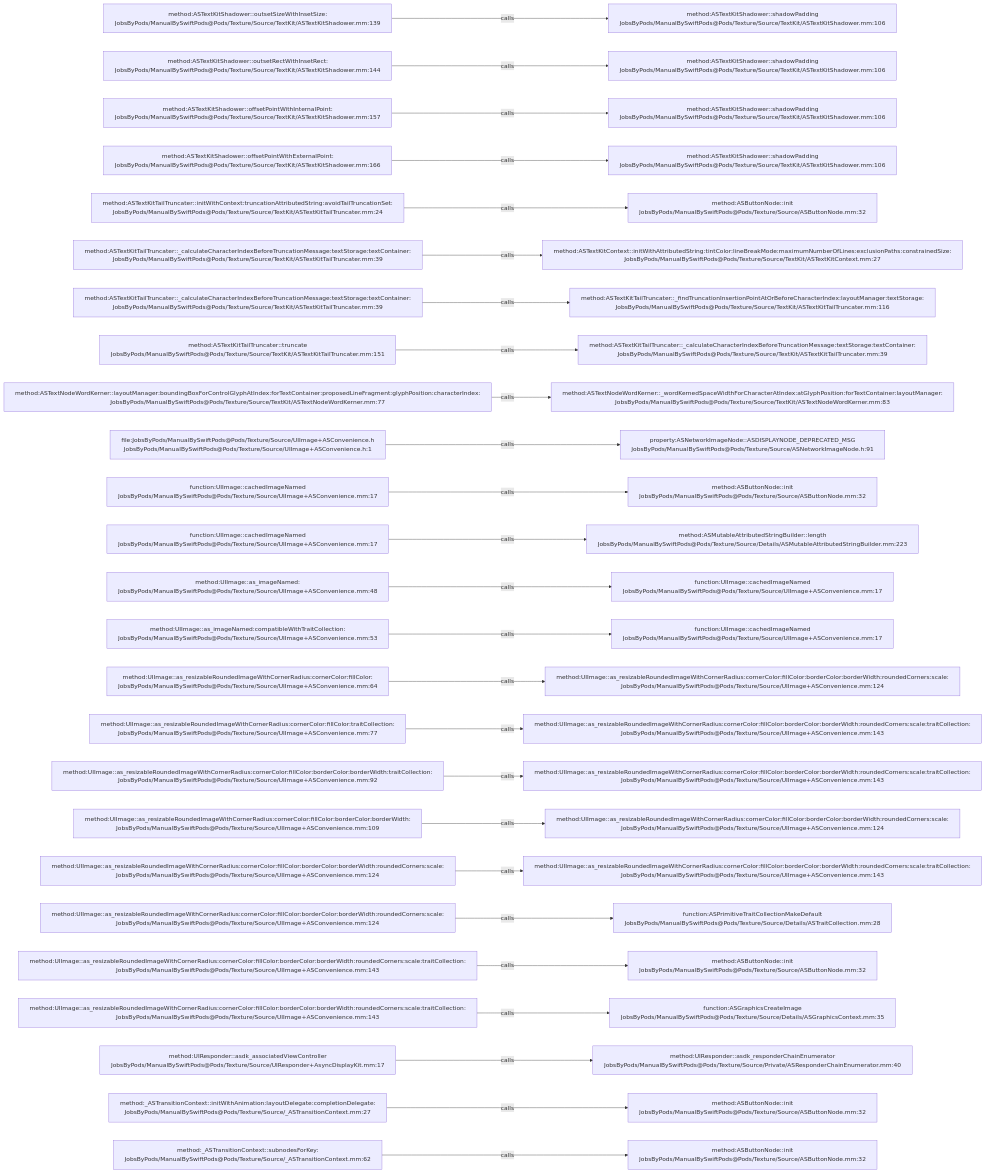
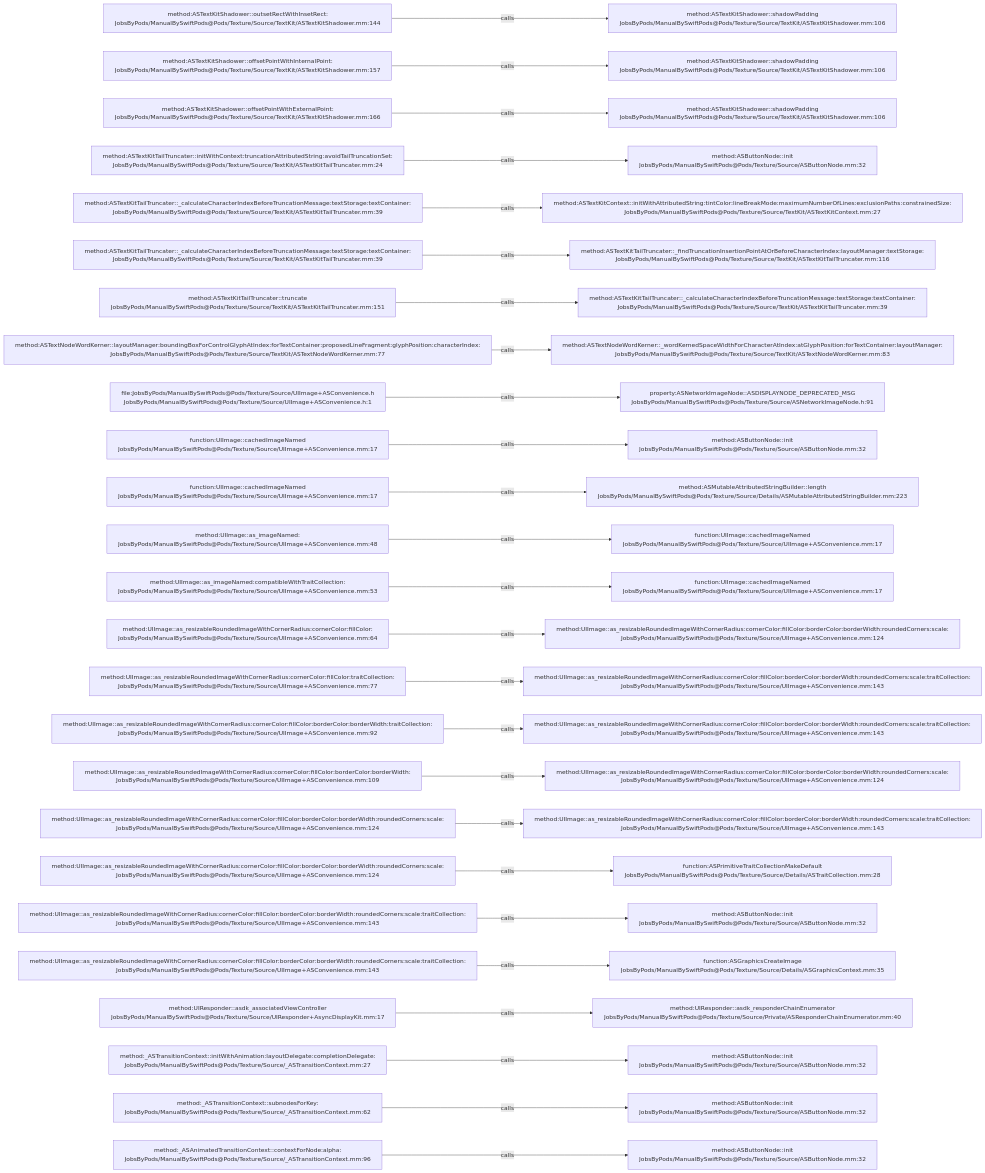
One commit to JobsKits/JobsSwiftBaseConfigDemo changed the diagram in .codegraph/codegraph.md/graphs/calls-151.md. Above: the diagram before and after it, drawn with Mermaid. The commit also changed 747 other files, not shown here.

````diff
--- a/.codegraph/codegraph.md/graphs/calls-151.md
+++ b/.codegraph/codegraph.md/graphs/calls-151.md
@@ -13,78 +13,78 @@
 ```mermaid
 flowchart LR
-  S1["method:ASTextKitShadower::outsetSizeWithInsetSize:<br/>JobsByPods/ManualBySwiftPods@Pods/Texture/Source/TextKit/ASTextKitShadower.mm:139"]
+  S1["method:ASTextKitShadower::outsetRectWithInsetRect:<br/>JobsByPods/ManualBySwiftPods@Pods/Texture/Source/TextKit/ASTextKitShadower.mm:144"]
   T1["method:ASTextKitShadower::shadowPadding<br/>JobsByPods/ManualBySwiftPods@Pods/Texture/Source/TextKit/ASTextKitShadower.mm:106"]
   S1 -->|calls| T1
-  S2["method:ASTextKitShadower::outsetRectWithInsetRect:<br/>JobsByPods/ManualBySwiftPods@Pods/Texture/Source/TextKit/ASTextKitShadower.mm:144"]
+  S2["method:ASTextKitShadower::offsetPointWithInternalPoint:<br/>JobsByPods/ManualBySwiftPods@Pods/Texture/Source/TextKit/ASTextKitShadower.mm:157"]
   T2["method:ASTextKitShadower::shadowPadding<br/>JobsByPods/ManualBySwiftPods@Pods/Texture/Source/TextKit/ASTextKitShadower.mm:106"]
   S2 -->|calls| T2
-  S3["method:ASTextKitShadower::offsetPointWithInternalPoint:<br/>JobsByPods/ManualBySwiftPods@Pods/Texture/Source/TextKit/ASTextKitShadower.mm:157"]
+  S3["method:ASTextKitShadower::offsetPointWithExternalPoint:<br/>JobsByPods/ManualBySwiftPods@Pods/Texture/Source/TextKit/ASTextKitShadower.mm:166"]
   T3["method:ASTextKitShadower::shadowPadding<br/>JobsByPods/ManualBySwiftPods@Pods/Texture/Source/TextKit/ASTextKitShadower.mm:106"]
   S3 -->|calls| T3
-  S4["method:ASTextKitShadower::offsetPointWithExternalPoint:<br/>JobsByPods/ManualBySwiftPods@Pods/Texture/Source/TextKit/ASTextKitShadower.mm:166"]
-  T4["method:ASTextKitShadower::shadowPadding<br/>JobsByPods/ManualBySwiftPods@Pods/Texture/Source/TextKit/ASTextKitShadower.mm:106"]
+  S4["method:ASTextKitTailTruncater::initWithContext:truncationAttributedString:avoidTailTruncationSet:<br/>JobsByPods/ManualBySwiftPods@Pods/Texture/Source/TextKit/ASTextKitTailTruncater.mm:24"]
+  T4["method:ASButtonNode::init<br/>JobsByPods/ManualBySwiftPods@Pods/Texture/Source/ASButtonNode.mm:32"]
   S4 -->|calls| T4
-  S5["method:ASTextKitTailTruncater::initWithContext:truncationAttributedString:avoidTailTruncationSet:<br/>JobsByPods/ManualBySwiftPods@Pods/Texture/Source/TextKit/ASTextKitTailTruncater.mm:24"]
-  T5["method:ASButtonNode::init<br/>JobsByPods/ManualBySwiftPods@Pods/Texture/Source/ASButtonNode.mm:32"]
+  S5["method:ASTextKitTailTruncater::_calculateCharacterIndexBeforeTruncationMessage:textStorage:textContainer:<br/>JobsByPods/ManualBySwiftPods@Pods/Texture/Source/TextKit/ASTextKitTailTruncater.mm:39"]
+  T5["method:ASTextKitContext::initWithAttributedString:tintColor:lineBreakMode:maximumNumberOfLines:exclusionPaths:constrainedSize:<br/>JobsByPods/ManualBySwiftPods@Pods/Texture/Source/TextKit/ASTextKitContext.mm:27"]
   S5 -->|calls| T5
   S6["method:ASTextKitTailTruncater::_calculateCharacterIndexBeforeTruncationMessage:textStorage:textContainer:<br/>JobsByPods/ManualBySwiftPods@Pods/Texture/Source/TextKit/ASTextKitTailTruncater.mm:39"]
-  T6["method:ASTextKitContext::initWithAttributedString:tintColor:lineBreakMode:maximumNumberOfLines:exclusionPaths:constrainedSize:<br/>JobsByPods/ManualBySwiftPods@Pods/Texture/Source/TextKit/ASTextKitContext.mm:27"]
+  T6["method:ASTextKitTailTruncater::_findTruncationInsertionPointAtOrBeforeCharacterIndex:layoutManager:textStorage:<br/>JobsByPods/ManualBySwiftPods@Pods/Texture/Source/TextKit/ASTextKitTailTruncater.mm:116"]
   S6 -->|calls| T6
-  S7["method:ASTextKitTailTruncater::_calculateCharacterIndexBeforeTruncationMessage:textStorage:textContainer:<br/>JobsByPods/ManualBySwiftPods@Pods/Texture/Source/TextKit/ASTextKitTailTruncater.mm:39"]
-  T7["method:ASTextKitTailTruncater::_findTruncationInsertionPointAtOrBeforeCharacterIndex:layoutManager:textStorage:<br/>JobsByPods/ManualBySwiftPods@Pods/Texture/Source/TextKit/ASTextKitTailTruncater.mm:116"]
+  S7["method:ASTextKitTailTruncater::truncate<br/>JobsByPods/ManualBySwiftPods@Pods/Texture/Source/TextKit/ASTextKitTailTruncater.mm:151"]
+  T7["method:ASTextKitTailTruncater::_calculateCharacterIndexBeforeTruncationMessage:textStorage:textContainer:<br/>JobsByPods/ManualBySwiftPods@Pods/Texture/Source/TextKit/ASTextKitTailTruncater.mm:39"]
   S7 -->|calls| T7
-  S8["method:ASTextKitTailTruncater::truncate<br/>JobsByPods/ManualBySwiftPods@Pods/Texture/Source/TextKit/ASTextKitTailTruncater.mm:151"]
-  T8["method:ASTextKitTailTruncater::_calculateCharacterIndexBeforeTruncationMessage:textStorage:textContainer:<br/>JobsByPods/ManualBySwiftPods@Pods/Texture/Source/TextKit/ASTextKitTailTruncater.mm:39"]
+  S8["method:ASTextNodeWordKerner::layoutManager:boundingBoxForControlGlyphAtIndex:forTextContainer:proposedLineFragment:glyphPosition:characterIndex:<br/>JobsByPods/ManualBySwiftPods@Pods/Texture/Source/TextKit/ASTextNodeWordKerner.mm:77"]
+  T8["method:ASTextNodeWordKerner::_wordKernedSpaceWidthForCharacterAtIndex:atGlyphPosition:forTextContainer:layoutManager:<br/>JobsByPods/ManualBySwiftPods@Pods/Texture/Source/TextKit/ASTextNodeWordKerner.mm:83"]
   S8 -->|calls| T8
-  S9["method:ASTextNodeWordKerner::layoutManager:boundingBoxForControlGlyphAtIndex:forTextContainer:proposedLineFragment:glyphPosition:characterIndex:<br/>JobsByPods/ManualBySwiftPods@Pods/Texture/Source/TextKit/ASTextNodeWordKerner.mm:77"]
-  T9["method:ASTextNodeWordKerner::_wordKernedSpaceWidthForCharacterAtIndex:atGlyphPosition:forTextContainer:layoutManager:<br/>JobsByPods/ManualBySwiftPods@Pods/Texture/Source/TextKit/ASTextNodeWordKerner.mm:83"]
+  S9["file:JobsByPods/ManualBySwiftPods@Pods/Texture/Source/UIImage+ASConvenience.h<br/>JobsByPods/ManualBySwiftPods@Pods/Texture/Source/UIImage+ASConvenience.h:1"]
+  T9["property:ASNetworkImageNode::ASDISPLAYNODE_DEPRECATED_MSG<br/>JobsByPods/ManualBySwiftPods@Pods/Texture/Source/ASNetworkImageNode.h:91"]
   S9 -->|calls| T9
-  S10["file:JobsByPods/ManualBySwiftPods@Pods/Texture/Source/UIImage+ASConvenience.h<br/>JobsByPods/ManualBySwiftPods@Pods/Texture/Source/UIImage+ASConvenience.h:1"]
-  T10["property:ASNetworkImageNode::ASDISPLAYNODE_DEPRECATED_MSG<br/>JobsByPods/ManualBySwiftPods@Pods/Texture/Source/ASNetworkImageNode.h:91"]
+  S10["function:UIImage::cachedImageNamed<br/>JobsByPods/ManualBySwiftPods@Pods/Texture/Source/UIImage+ASConvenience.mm:17"]
+  T10["method:ASButtonNode::init<br/>JobsByPods/ManualBySwiftPods@Pods/Texture/Source/ASButtonNode.mm:32"]
   S10 -->|calls| T10
   S11["function:UIImage::cachedImageNamed<br/>JobsByPods/ManualBySwiftPods@Pods/Texture/Source/UIImage+ASConvenience.mm:17"]
-  T11["method:ASButtonNode::init<br/>JobsByPods/ManualBySwiftPods@Pods/Texture/Source/ASButtonNode.mm:32"]
+  T11["method:ASMutableAttributedStringBuilder::length<br/>JobsByPods/ManualBySwiftPods@Pods/Texture/Source/Details/ASMutableAttributedStringBuilder.mm:223"]
   S11 -->|calls| T11
-  S12["function:UIImage::cachedImageNamed<br/>JobsByPods/ManualBySwiftPods@Pods/Texture/Source/UIImage+ASConvenience.mm:17"]
-  T12["method:ASMutableAttributedStringBuilder::length<br/>JobsByPods/ManualBySwiftPods@Pods/Texture/Source/Details/ASMutableAttributedStringBuilder.mm:223"]
+  S12["method:UIImage::as_imageNamed:<br/>JobsByPods/ManualBySwiftPods@Pods/Texture/Source/UIImage+ASConvenience.mm:48"]
+  T12["function:UIImage::cachedImageNamed<br/>JobsByPods/ManualBySwiftPods@Pods/Texture/Source/UIImage+ASConvenience.mm:17"]
   S12 -->|calls| T12
-  S13["method:UIImage::as_imageNamed:<br/>JobsByPods/ManualBySwiftPods@Pods/Texture/Source/UIImage+ASConvenience.mm:48"]
+  S13["method:UIImage::as_imageNamed:compatibleWithTraitCollection:<br/>JobsByPods/ManualBySwiftPods@Pods/Texture/Source/UIImage+ASConvenience.mm:53"]
   T13["function:UIImage::cachedImageNamed<br/>JobsByPods/ManualBySwiftPods@Pods/Texture/Source/UIImage+ASConvenience.mm:17"]
   S13 -->|calls| T13
-  S14["method:UIImage::as_imageNamed:compatibleWithTraitCollection:<br/>JobsByPods/ManualBySwiftPods@Pods/Texture/Source/UIImage+ASConvenience.mm:53"]
-  T14["function:UIImage::cachedImageNamed<br/>JobsByPods/ManualBySwiftPods@Pods/Texture/Source/UIImage+ASConvenience.mm:17"]
+  S14["method:UIImage::as_resizableRoundedImageWithCornerRadius:cornerColor:fillColor:<br/>JobsByPods/ManualBySwiftPods@Pods/Texture/Source/UIImage+ASConvenience.mm:64"]
+  T14["method:UIImage::as_resizableRoundedImageWithCornerRadius:cornerColor:fillColor:borderColor:borderWidth:roundedCorners:scale:<br/>JobsByPods/ManualBySwiftPods@Pods/Texture/Source/UIImage+ASConvenience.mm:124"]
   S14 -->|calls| T14
-  S15["method:UIImage::as_resizableRoundedImageWithCornerRadius:cornerColor:fillColor:<br/>JobsByPods/ManualBySwiftPods@Pods/Texture/Source/UIImage+ASConvenience.mm:64"]
-  T15["method:UIImage::as_resizableRoundedImageWithCornerRadius:cornerColor:fillColor:borderColor:borderWidth:roundedCorners:scale:<br/>JobsByPods/ManualBySwiftPods@Pods/Texture/Source/UIImage+ASConvenience.mm:124"]
+  S15["method:UIImage::as_resizableRoundedImageWithCornerRadius:cornerColor:fillColor:traitCollection:<br/>JobsByPods/ManualBySwiftPods@Pods/Texture/Source/UIImage+ASConvenience.mm:77"]
+  T15["method:UIImage::as_resizableRoundedImageWithCornerRadius:cornerColor:fillColor:borderColor:borderWidth:roundedCorners:scale:traitCollection:<br/>JobsByPods/ManualBySwiftPods@Pods/Texture/Source/UIImage+ASConvenience.mm:143"]
   S15 -->|calls| T15
-  S16["method:UIImage::as_resizableRoundedImageWithCornerRadius:cornerColor:fillColor:traitCollection:<br/>JobsByPods/ManualBySwiftPods@Pods/Texture/Source/UIImage+ASConvenience.mm:77"]
+  S16["method:UIImage::as_resizableRoundedImageWithCornerRadius:cornerColor:fillColor:borderColor:borderWidth:traitCollection:<br/>JobsByPods/ManualBySwiftPods@Pods/Texture/Source/UIImage+ASConvenience.mm:92"]
   T16["method:UIImage::as_resizableRoundedImageWithCornerRadius:cornerColor:fillColor:borderColor:borderWidth:roundedCorners:scale:traitCollection:<br/>JobsByPods/ManualBySwiftPods@Pods/Texture/Source/UIImage+ASConvenience.mm:143"]
   S16 -->|calls| T16
-  S17["method:UIImage::as_resizableRoundedImageWithCornerRadius:cornerColor:fillColor:borderColor:borderWidth:traitCollection:<br/>JobsByPods/ManualBySwiftPods@Pods/Texture/Source/UIImage+ASConvenience.mm:92"]
-  T17["method:UIImage::as_resizableRoundedImageWithCornerRadius:cornerColor:fillColor:borderColor:borderWidth:roundedCorners:scale:traitCollection:<br/>JobsByPods/ManualBySwiftPods@Pods/Texture/Source/UIImage+ASConvenience.mm:143"]
+  S17["method:UIImage::as_resizableRoundedImageWithCornerRadius:cornerColor:fillColor:borderColor:borderWidth:<br/>JobsByPods/ManualBySwiftPods@Pods/Texture/Source/UIImage+ASConvenience.mm:109"]
+  T17["method:UIImage::as_resizableRoundedImageWithCornerRadius:cornerColor:fillColor:borderColor:borderWidth:roundedCorners:scale:<br/>JobsByPods/ManualBySwiftPods@Pods/Texture/Source/UIImage+ASConvenience.mm:124"]
   S17 -->|calls| T17
-  S18["method:UIImage::as_resizableRoundedImageWithCornerRadius:cornerColor:fillColor:borderColor:borderWidth:<br/>JobsByPods/ManualBySwiftPods@Pods/Texture/Source/UIImage+ASConvenience.mm:109"]
-  T18["method:UIImage::as_resizableRoundedImageWithCornerRadius:cornerColor:fillColor:borderColor:borderWidth:roundedCorners:scale:<br/>JobsByPods/ManualBySwiftPods@Pods/Texture/Source/UIImage+ASConvenience.mm:124"]
+  S18["method:UIImage::as_resizableRoundedImageWithCornerRadius:cornerColor:fillColor:borderColor:borderWidth:roundedCorners:scale:<br/>JobsByPods/ManualBySwiftPods@Pods/Texture/Source/UIImage+ASConvenience.mm:124"]
+  T18["method:UIImage::as_resizableRoundedImageWithCornerRadius:cornerColor:fillColor:borderColor:borderWidth:roundedCorners:scale:traitCollection:<br/>JobsByPods/ManualBySwiftPods@Pods/Texture/Source/UIImage+ASConvenience.mm:143"]
   S18 -->|calls| T18
   S19["method:UIImage::as_resizableRoundedImageWithCornerRadius:cornerColor:fillColor:borderColor:borderWidth:roundedCorners:scale:<br/>JobsByPods/ManualBySwiftPods@Pods/Texture/Source/UIImage+ASConvenience.mm:124"]
-  T19["method:UIImage::as_resizableRoundedImageWithCornerRadius:cornerColor:fillColor:borderColor:borderWidth:roundedCorners:scale:traitCollection:<br/>JobsByPods/ManualBySwiftPods@Pods/Texture/Source/UIImage+ASConvenience.mm:143"]
+  T19["function:ASPrimitiveTraitCollectionMakeDefault<br/>JobsByPods/ManualBySwiftPods@Pods/Texture/Source/Details/ASTraitCollection.mm:28"]
   S19 -->|calls| T19
-  S20["method:UIImage::as_resizableRoundedImageWithCornerRadius:cornerColor:fillColor:borderColor:borderWidth:roundedCorners:scale:<br/>JobsByPods/ManualBySwiftPods@Pods/Texture/Source/UIImage+ASConvenience.mm:124"]
-  T20["function:ASPrimitiveTraitCollectionMakeDefault<br/>JobsByPods/ManualBySwiftPods@Pods/Texture/Source/Details/ASTraitCollection.mm:28"]
+  S20["method:UIImage::as_resizableRoundedImageWithCornerRadius:cornerColor:fillColor:borderColor:borderWidth:roundedCorners:scale:traitCollection:<br/>JobsByPods/ManualBySwiftPods@Pods/Texture/Source/UIImage+ASConvenience.mm:143"]
+  T20["method:ASButtonNode::init<br/>JobsByPods/ManualBySwiftPods@Pods/Texture/Source/ASButtonNode.mm:32"]
   S20 -->|calls| T20
   S21["method:UIImage::as_resizableRoundedImageWithCornerRadius:cornerColor:fillColor:borderColor:borderWidth:roundedCorners:scale:traitCollection:<br/>JobsByPods/ManualBySwiftPods@Pods/Texture/Source/UIImage+ASConvenience.mm:143"]
-  T21["method:ASButtonNode::init<br/>JobsByPods/ManualBySwiftPods@Pods/Texture/Source/ASButtonNode.mm:32"]
+  T21["function:ASGraphicsCreateImage<br/>JobsByPods/ManualBySwiftPods@Pods/Texture/Source/Details/ASGraphicsContext.mm:35"]
   S21 -->|calls| T21
-  S22["method:UIImage::as_resizableRoundedImageWithCornerRadius:cornerColor:fillColor:borderColor:borderWidth:roundedCorners:scale:traitCollection:<br/>JobsByPods/ManualBySwiftPods@Pods/Texture/Source/UIImage+ASConvenience.mm:143"]
-  T22["function:ASGraphicsCreateImage<br/>JobsByPods/ManualBySwiftPods@Pods/Texture/Source/Details/ASGraphicsContext.mm:35"]
+  S22["method:UIResponder::asdk_associatedViewController<br/>JobsByPods/ManualBySwiftPods@Pods/Texture/Source/UIResponder+AsyncDisplayKit.mm:17"]
+  T22["method:UIResponder::asdk_responderChainEnumerator<br/>JobsByPods/ManualBySwiftPods@Pods/Texture/Source/Private/ASResponderChainEnumerator.mm:40"]
   S22 -->|calls| T22
-  S23["method:UIResponder::asdk_associatedViewController<br/>JobsByPods/ManualBySwiftPods@Pods/Texture/Source/UIResponder+AsyncDisplayKit.mm:17"]
-  T23["method:UIResponder::asdk_responderChainEnumerator<br/>JobsByPods/ManualBySwiftPods@Pods/Texture/Source/Private/ASResponderChainEnumerator.mm:40"]
+  S23["method:_ASTransitionContext::initWithAnimation:layoutDelegate:completionDelegate:<br/>JobsByPods/ManualBySwiftPods@Pods/Texture/Source/_ASTransitionContext.mm:27"]
+  T23["method:ASButtonNode::init<br/>JobsByPods/ManualBySwiftPods@Pods/Texture/Source/ASButtonNode.mm:32"]
   S23 -->|calls| T23
-  S24["method:_ASTransitionContext::initWithAnimation:layoutDelegate:completionDelegate:<br/>JobsByPods/ManualBySwiftPods@Pods/Texture/Source/_ASTransitionContext.mm:27"]
+  S24["method:_ASTransitionContext::subnodesForKey:<br/>JobsByPods/ManualBySwiftPods@Pods/Texture/Source/_ASTransitionContext.mm:62"]
   T24["method:ASButtonNode::init<br/>JobsByPods/ManualBySwiftPods@Pods/Texture/Source/ASButtonNode.mm:32"]
   S24 -->|calls| T24
-  S25["method:_ASTransitionContext::subnodesForKey:<br/>JobsByPods/ManualBySwiftPods@Pods/Texture/Source/_ASTransitionContext.mm:62"]
+  S25["method:_ASAnimatedTransitionContext::contextForNode:alpha:<br/>JobsByPods/ManualBySwiftPods@Pods/Texture/Source/_ASTransitionContext.mm:96"]
   T25["method:ASButtonNode::init<br/>JobsByPods/ManualBySwiftPods@Pods/Texture/Source/ASButtonNode.mm:32"]
   S25 -->|calls| T25
 ```
````
